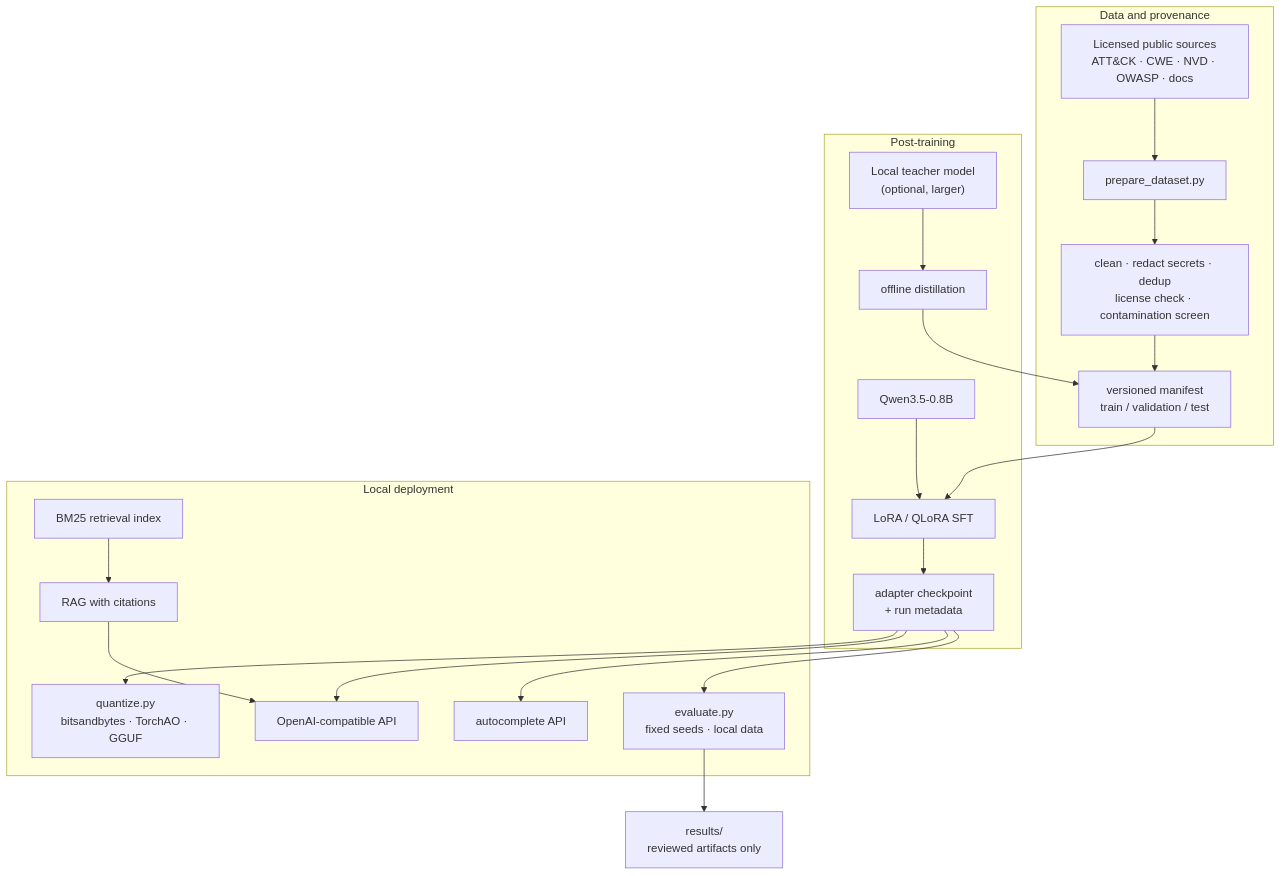
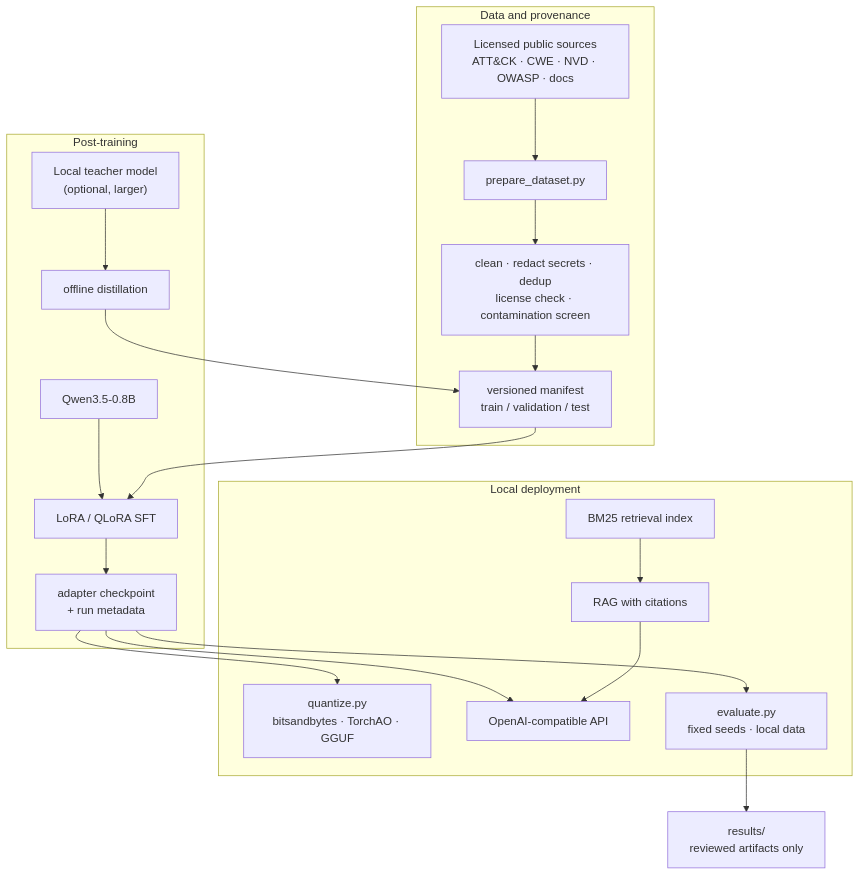
Before and after one commit to braydos-h/CyberLite: the diagram in README.md, drawn with Mermaid. The commit also changed other lines of this file and 35 other files, not shown here.

````diff
--- a/README.md
+++ b/README.md
@@ -112,27 +110,26 @@
 ```mermaid
 flowchart TB
     subgraph Data["Data and provenance"]
         S["Licensed public sources<br/>ATT&CK · CWE · NVD · OWASP · docs"] --> P["prepare_dataset.py"]
         P --> Q["clean · redact secrets · dedup<br/>license check · contamination screen"]
         Q --> M["versioned manifest<br/>train / validation / test"]
     end
 
     subgraph Train["Post-training"]
         B["Qwen3.5-0.8B"] --> L["LoRA / QLoRA SFT"]
         M --> L
         T["Local teacher model<br/>(optional, larger)"] --> D["offline distillation"]
         D --> M
         L --> A["adapter checkpoint<br/>+ run metadata"]
     end
 
     subgraph Serve["Local deployment"]
         A --> Z["quantize.py<br/>bitsandbytes · TorchAO · GGUF"]
         A --> API["OpenAI-compatible API"]
-        A --> AC["autocomplete API"]
         R["BM25 retrieval index"] --> RAG["RAG with citations"]
         RAG --> API
         A --> EV["evaluate.py<br/>fixed seeds · local data"]
     end
 
     EV --> RES["results/<br/>reviewed artifacts only"]
 ```
````
